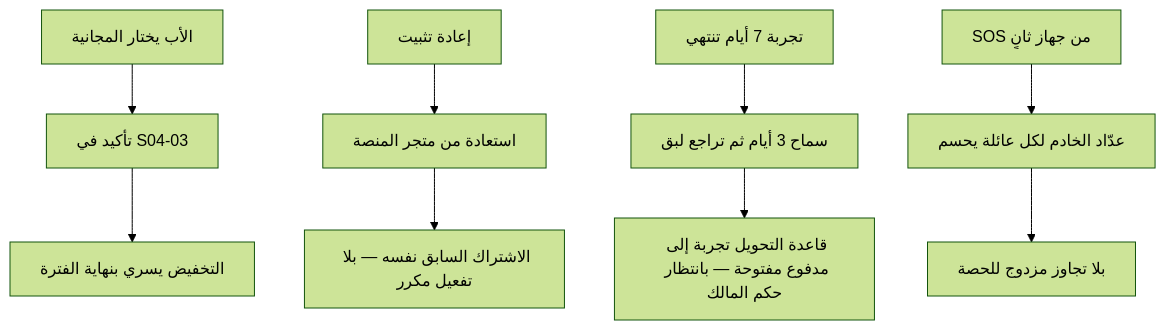
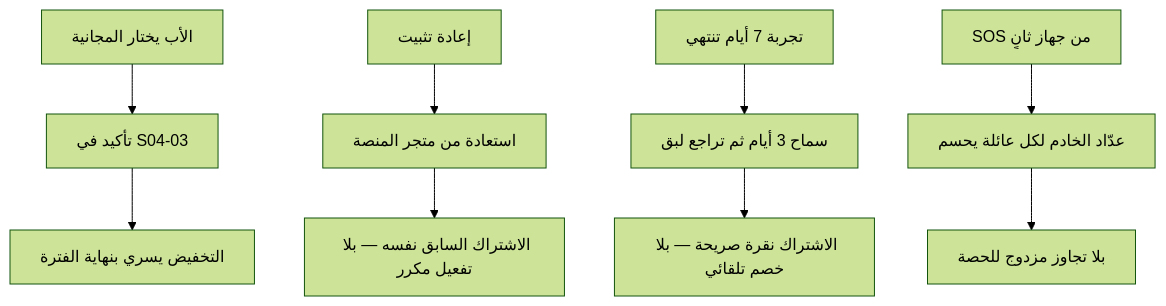
Before and after one commit to Bassam-mohammed-alqaeadi/family-os-v2: the third of 5 diagrams in docs/family-os/governance/phases/phase-1/S1-04-plans-and-subscriptions/SPEC.md, drawn with Mermaid (forest theme). The commit also changed other lines of this file and 32 other files, not shown here.

````diff
--- a/docs/family-os/governance/phases/phase-1/S1-04-plans-and-subscriptions/SPEC.md
+++ b/docs/family-os/governance/phases/phase-1/S1-04-plans-and-subscriptions/SPEC.md
@@ -92,11 +90,11 @@
 ```mermaid
 flowchart TD
     A[الأب يختار المجانية] --> B[تأكيد في S04-03]
     B --> C[التخفيض يسري بنهاية الفترة]
     D[إعادة تثبيت] --> E[استعادة من متجر المنصة]
     E --> F[الاشتراك السابق نفسه — بلا تفعيل مكرر]
     G[تجربة 7 أيام تنتهي] --> H[سماح 3 أيام ثم تراجع لبق]
-    H --> I[قاعدة التحويل تجربة إلى مدفوع مفتوحة — بانتظار حكم المالك]
+    H --> I[الاشتراك نقرة صريحة — بلا خصم تلقائي]
     J[SOS من جهاز ثانٍ] --> K[عدّاد الخادم لكل عائلة يحسم]
     K --> L[بلا تجاوز مزدوج للحصة]
 ```
````
